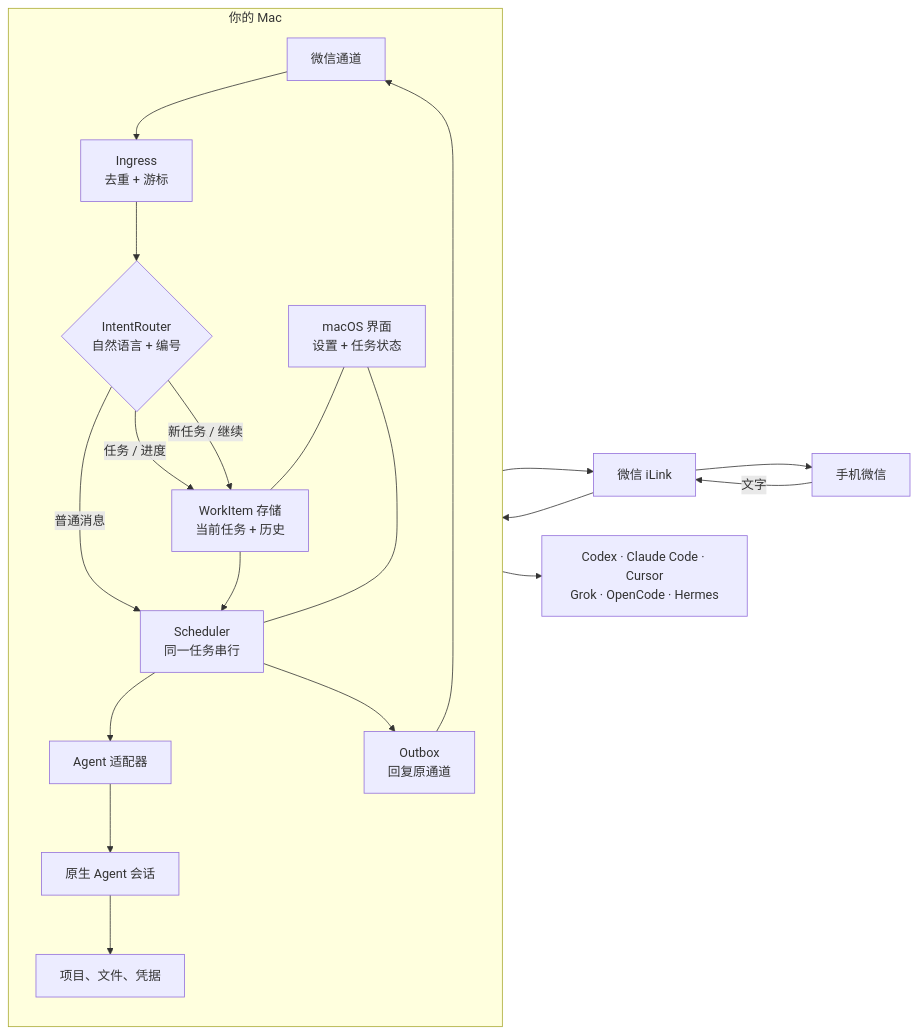
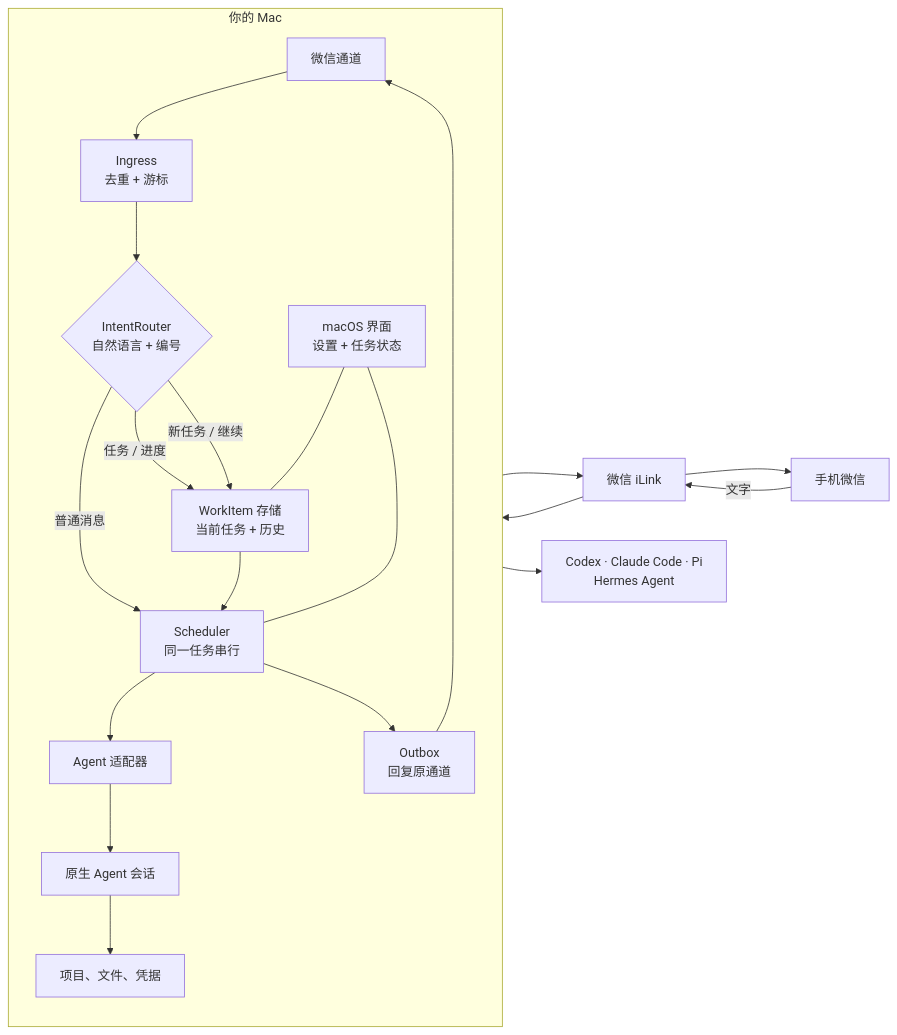
The diagram in README.zh-CN.md (section9-lab/chat-bridge), drawn with Mermaid before and after one commit. The commit also changed other lines of this file and 22 other files, not shown here.

Commit message:
Add Pi agent in place of Cursor, Grok, and OpenCode

````diff
--- a/README.zh-CN.md
+++ b/README.zh-CN.md
@@ -30,33 +30,33 @@
 ```mermaid
 flowchart LR
     Phone["手机微信"]
     WeChat["微信 iLink"]
     subgraph Mac["你的 Mac"]
         direction TB
         Channel["微信通道"]
         Ingress["Ingress<br/>去重 + 游标"]
         Router{"IntentRouter<br/>自然语言 + 编号"}
         Work["WorkItem 存储<br/>当前任务 + 历史"]
         Scheduler["Scheduler<br/>同一任务串行"]
         Adapters["Agent 适配器"]
         Sessions["原生 Agent 会话"]
         Files["项目、文件、凭据"]
         Outbox["Outbox<br/>回复原通道"]
         UI["macOS 界面<br/>设置 + 任务状态"]
     end
-    Agents["Codex · Claude Code · Cursor<br/>Grok · OpenCode · Hermes"]
+    Agents["Codex · Claude Code · Pi<br/>Hermes Agent"]
 
     Phone -->|文字| WeChat --> Channel --> Ingress --> Router
     Router -->|"任务 / 进度"| Work
     Router -->|"新任务 / 继续"| Work
     Router -->|普通消息| Scheduler
     Work --> Scheduler
     Scheduler --> Adapters
     Adapters --> Agents
     Adapters --> Sessions
     Sessions --> Files
     Scheduler --> Outbox --> Channel
     Channel --> WeChat --> Phone
     UI --- Work
     UI --- Scheduler
 ```
````
